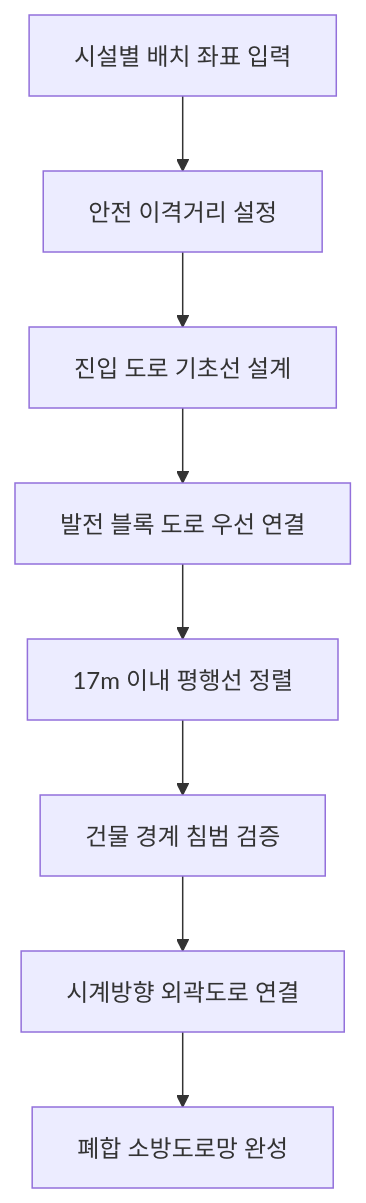
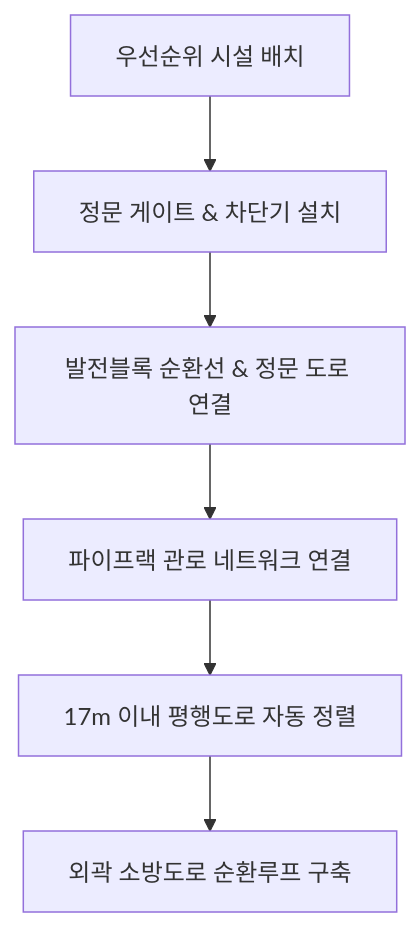
Before and after one commit to dariazhig19/D-Brain: the second of 2 diagrams in 04_Reports/Monthly/Monthly_Report_2026_05.md, drawn with Mermaid. The commit also changed other lines of this file and 13 other files, not shown here.

````diff
--- a/04_Reports/Monthly/Monthly_Report_2026_05.md
+++ b/04_Reports/Monthly/Monthly_Report_2026_05.md
@@ -39,10 +40,8 @@
 ```mermaid
 graph TD
-    A[시설별 배치 좌표 입력] --> B[안전 이격거리 설정]
-    B --> C[진입 도로 기초선 설계]
-    C --> D[발전 블록 도로 우선 연결]
-    D --> E[17m 이내 평행선 정렬]
-    E --> F[건물 경계 침범 검증]
-    F --> G[시계방향 외곽도로 연결]
-    G --> H[폐합 소방도로망 완성]
+    A[우선순위 시설 배치] --> B[정문 게이트 & 차단기 설치]
+    B --> C[발전블록 순환선 & 정문 도로 연결]
+    C --> D[파이프랙 관로 네트워크 연결]
+    D --> E[17m 이내 평행도로 자동 정렬]
+    E --> F[외곽 소방도로 순환루프 구축]
 ```
````
